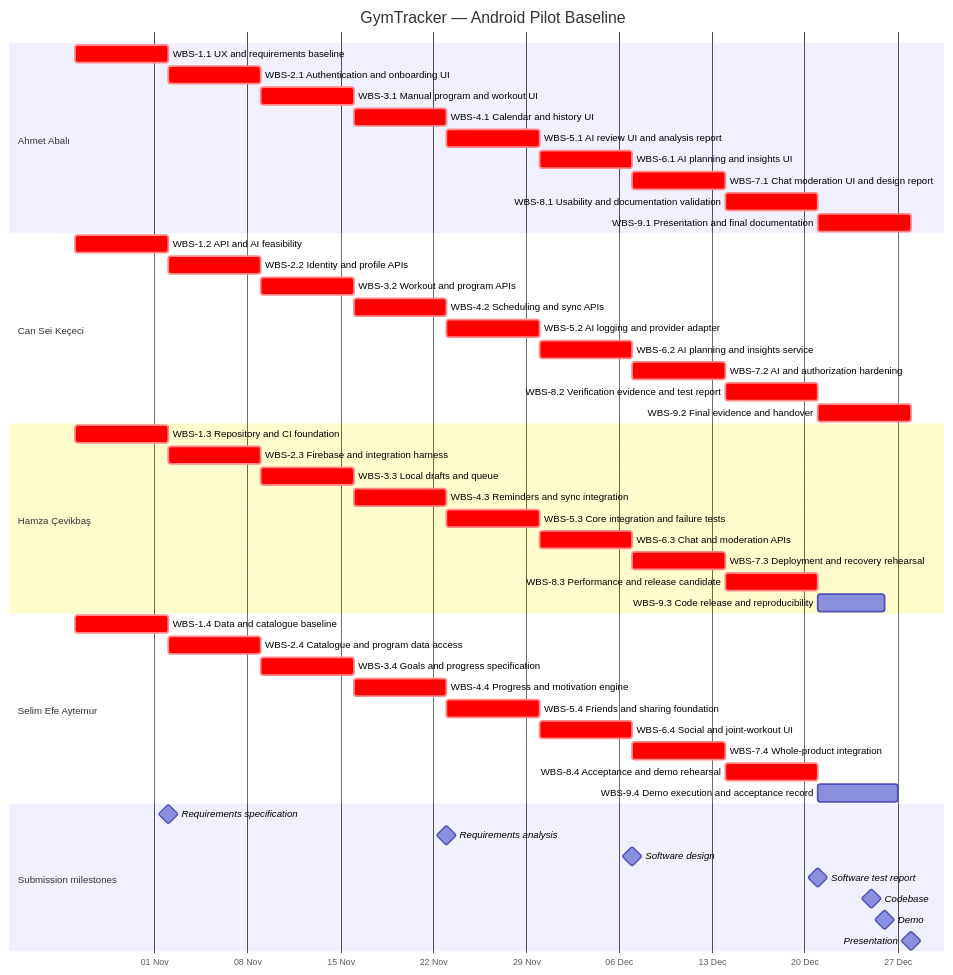
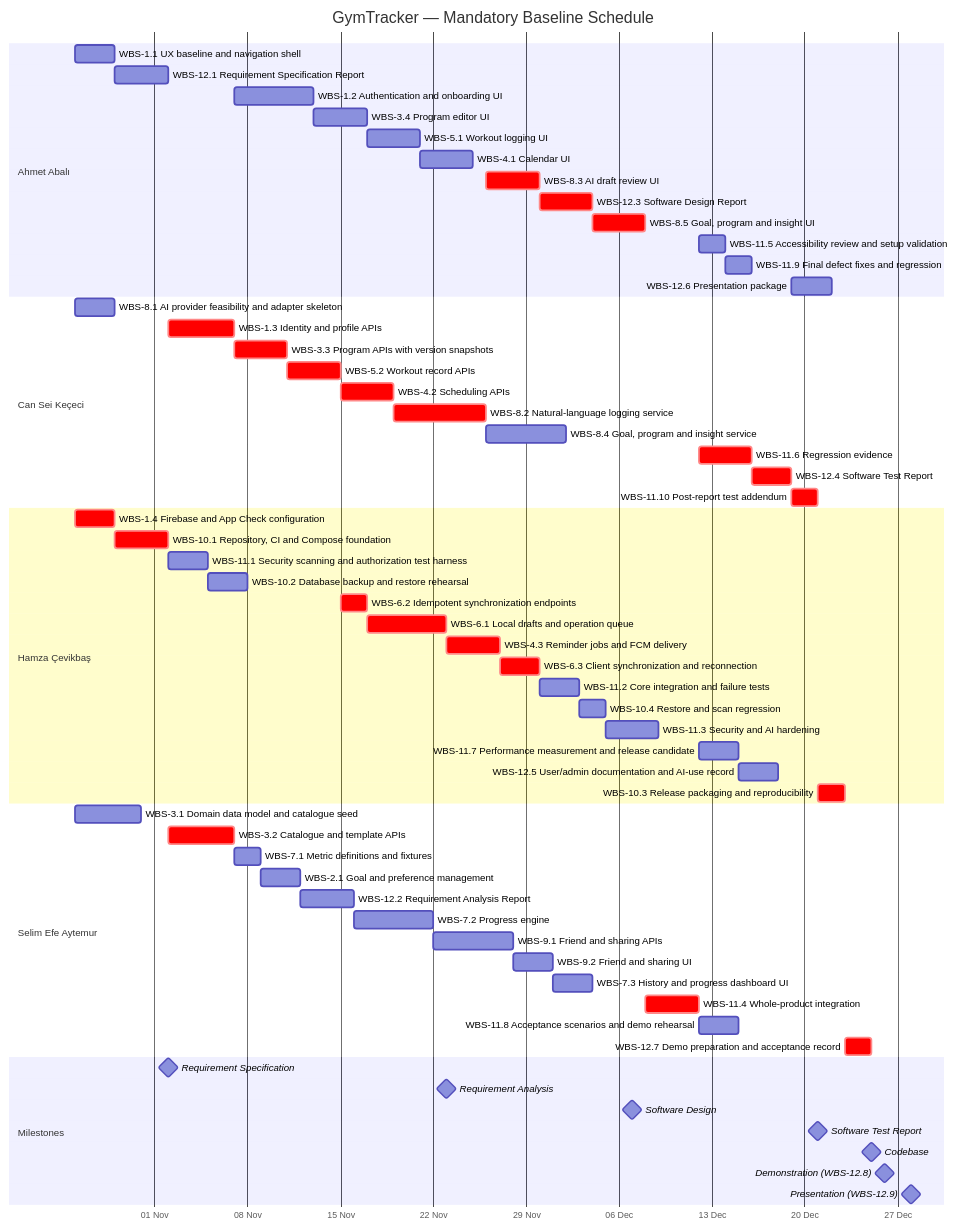
The second of 2 diagrams in docs/Project_Plan.md (kececi24/GymTracker), drawn with Mermaid before and after one commit. The commit also changed other lines of this file, not shown here.

Commit message:
Project plan version 1

````diff
--- a/docs/Project_Plan.md
+++ b/docs/Project_Plan.md
@@ -510,54 +744,66 @@
 ```mermaid
 gantt
-    title GymTracker — Android Pilot Baseline
+    title GymTracker — Mandatory Baseline Schedule
     dateFormat YYYY-MM-DD
     axisFormat %d %b
     section Ahmet Abalı
-    WBS-1.1 UX and requirements baseline :crit, WBS1_1, 2026-10-26, 7d
-    WBS-2.1 Authentication and onboarding UI :crit, WBS2_1, 2026-11-02, 7d
-    WBS-3.1 Manual program and workout UI :crit, WBS3_1, 2026-11-09, 7d
-    WBS-4.1 Calendar and history UI :crit, WBS4_1, 2026-11-16, 7d
-    WBS-5.1 AI review UI and analysis report :crit, WBS5_1, 2026-11-23, 7d
-    WBS-6.1 AI planning and insights UI :crit, WBS6_1, 2026-11-30, 7d
-    WBS-7.1 Chat moderation UI and design report :crit, WBS7_1, 2026-12-07, 7d
-    WBS-8.1 Usability and documentation validation :crit, WBS8_1, 2026-12-14, 7d
-    WBS-9.1 Presentation and final documentation :crit, WBS9_1, 2026-12-21, 7d
+    WBS-1.1 UX baseline and navigation shell :n1_1, 2026-10-26, 3d
+    WBS-12.1 Requirement Specification Report :n12_1, 2026-10-29, 4d
+    WBS-1.2 Authentication and onboarding UI :n1_2, 2026-11-07, 6d
+    WBS-3.4 Program editor UI :n3_4, 2026-11-13, 4d
+    WBS-5.1 Workout logging UI :n5_1, 2026-11-17, 4d
+    WBS-4.1 Calendar UI :n4_1, 2026-11-21, 4d
+    WBS-8.3 AI draft review UI :crit, n8_3, 2026-11-26, 4d
+    WBS-12.3 Software Design Report :crit, n12_3, 2026-11-30, 4d
+    WBS-8.5 Goal, program and insight UI :crit, n8_5, 2026-12-04, 4d
+    WBS-11.5 Accessibility review and setup validation :n11_5, 2026-12-12, 2d
+    WBS-11.9 Final defect fixes and regression :n11_9, 2026-12-14, 2d
+    WBS-12.6 Presentation package :n12_6, 2026-12-19, 3d
     section Can Sei Keçeci
-    WBS-1.2 API and AI feasibility :crit, WBS1_2, 2026-10-26, 7d
-    WBS-2.2 Identity and profile APIs :crit, WBS2_2, 2026-11-02, 7d
-    WBS-3.2 Workout and program APIs :crit, WBS3_2, 2026-11-09, 7d
-    WBS-4.2 Scheduling and sync APIs :crit, WBS4_2, 2026-11-16, 7d
-    WBS-5.2 AI logging and provider adapter :crit, WBS5_2, 2026-11-23, 7d
-    WBS-6.2 AI planning and insights service :crit, WBS6_2, 2026-11-30, 7d
-    WBS-7.2 AI and authorization hardening :crit, WBS7_2, 2026-12-07, 7d
-    WBS-8.2 Verification evidence and test report :crit, WBS8_2, 2026-12-14, 7d
-    WBS-9.2 Final evidence and handover :crit, WBS9_2, 2026-12-21, 7d
+    WBS-8.1 AI provider feasibility and adapter skeleton :n8_1, 2026-10-26, 3d
+    WBS-1.3 Identity and profile APIs :crit, n1_3, 2026-11-02, 5d
+    WBS-3.3 Program APIs with version snapshots :crit, n3_3, 2026-11-07, 4d
+    WBS-5.2 Workout record APIs :crit, n5_2, 2026-11-11, 4d
+    WBS-4.2 Scheduling APIs :crit, n4_2, 2026-11-15, 4d
+    WBS-8.2 Natural-language logging service :crit, n8_2, 2026-11-19, 7d
+    WBS-8.4 Goal, program and insight service :n8_4, 2026-11-26, 6d
+    WBS-11.6 Regression evidence :crit, n11_6, 2026-12-12, 4d
+    WBS-12.4 Software Test Report :crit, n12_4, 2026-12-16, 3d
+    WBS-11.10 Post-report test addendum :crit, n11_10, 2026-12-19, 2d
     section Hamza Çevikbaş
-    WBS-1.3 Repository and CI foundation :crit, WBS1_3, 2026-10-26, 7d
-    WBS-2.3 Firebase and integration harness :crit, WBS2_3, 2026-11-02, 7d
-    WBS-3.3 Local drafts and queue :crit, WBS3_3, 2026-11-09, 7d
-    WBS-4.3 Reminders and sync integration :crit, WBS4_3, 2026-11-16, 7d
-    WBS-5.3 Core integration and failure tests :crit, WBS5_3, 2026-11-23, 7d
-    WBS-6.3 Chat and moderation APIs :crit, WBS6_3, 2026-11-30, 7d
-    WBS-7.3 Deployment and recovery rehearsal :crit, WBS7_3, 2026-12-07, 7d
-    WBS-8.3 Performance and release candidate :crit, WBS8_3, 2026-12-14, 7d
-    WBS-9.3 Code release and reproducibility :WBS9_3, 2026-12-21, 5d
+    WBS-1.4 Firebase and App Check configuration :crit, n1_4, 2026-10-26, 3d
+    WBS-10.1 Repository, CI and Compose foundation :crit, n10_1, 2026-10-29, 4d
+    WBS-11.1 Security scanning and authorization test harness :n11_1, 2026-11-02, 3d
+    WBS-10.2 Database backup and restore rehearsal :n10_2, 2026-11-05, 3d
+    WBS-6.2 Idempotent synchronization endpoints :crit, n6_2, 2026-11-15, 2d
+    WBS-6.1 Local drafts and operation queue :crit, n6_1, 2026-11-17, 6d
+    WBS-4.3 Reminder jobs and FCM delivery :crit, n4_3, 2026-11-23, 4d
+    WBS-6.3 Client synchronization and reconnection :crit, n6_3, 2026-11-27, 3d
+    WBS-11.2 Core integration and failure tests :n11_2, 2026-11-30, 3d
+    WBS-10.4 Restore and scan regression :n10_4, 2026-12-03, 2d
+    WBS-11.3 Security and AI hardening :n11_3, 2026-12-05, 4d
+    WBS-11.7 Performance measurement and release candidate :n11_7, 2026-12-12, 3d
+    WBS-12.5 User/admin documentation and AI-use record :n12_5, 2026-12-15, 3d
+    WBS-10.3 Release packaging and reproducibility :crit, n10_3, 2026-12-21, 2d
     section Selim Efe Aytemur
-    WBS-1.4 Data and catalogue baseline :crit, WBS1_4, 2026-10-26, 7d
-    WBS-2.4 Catalogue and program data access :crit, WBS2_4, 2026-11-02, 7d
-    WBS-3.4 Goals and progress specification :crit, WBS3_4, 2026-11-09, 7d
-    WBS-4.4 Progress and motivation engine :crit, WBS4_4, 2026-11-16, 7d
-    WBS-5.4 Friends and sharing foundation :crit, WBS5_4, 2026-11-23, 7d
-    WBS-6.4 Social and joint-workout UI :crit, WBS6_4, 2026-11-30, 7d
-    WBS-7.4 Whole-product integration :crit, WBS7_4, 2026-12-07, 7d
-    WBS-8.4 Acceptance and demo rehearsal :crit, WBS8_4, 2026-12-14, 7d
-    WBS-9.4 Demo execution and acceptance record :WBS9_4, 2026-12-21, 6d
-    section Submission milestones
-    Requirements specification :milestone, ms1, 2026-11-02, 0d
-    Requirements analysis :milestone, ms2, 2026-11-23, 0d
-    Software design :milestone, ms3, 2026-12-07, 0d
-    Software test report :milestone, ms4, 2026-12-21, 0d
-    Codebase :milestone, ms5, 2026-12-25, 0d
-    Demo :milestone, ms6, 2026-12-26, 0d
-    Presentation :milestone, ms7, 2026-12-28, 0d
+    WBS-3.1 Domain data model and catalogue seed :n3_1, 2026-10-26, 5d
+    WBS-3.2 Catalogue and template APIs :crit, n3_2, 2026-11-02, 5d
+    WBS-7.1 Metric definitions and fixtures :n7_1, 2026-11-07, 2d
+    WBS-2.1 Goal and preference management :n2_1, 2026-11-09, 3d
+    WBS-12.2 Requirement Analysis Report :n12_2, 2026-11-12, 4d
+    WBS-7.2 Progress engine :n7_2, 2026-11-16, 6d
+    WBS-9.1 Friend and sharing APIs :n9_1, 2026-11-22, 6d
+    WBS-9.2 Friend and sharing UI :n9_2, 2026-11-28, 3d
+    WBS-7.3 History and progress dashboard UI :n7_3, 2026-12-01, 3d
+    WBS-11.4 Whole-product integration :crit, n11_4, 2026-12-08, 4d
+    WBS-11.8 Acceptance scenarios and demo rehearsal :n11_8, 2026-12-12, 3d
+    WBS-12.7 Demo preparation and acceptance record :crit, n12_7, 2026-12-23, 2d
+    section Milestones
+    Requirement Specification :milestone, ms0, 2026-11-02, 0d
+    Requirement Analysis :milestone, ms1, 2026-11-23, 0d
+    Software Design :milestone, ms2, 2026-12-07, 0d
+    Software Test Report :milestone, ms3, 2026-12-21, 0d
+    Codebase :milestone, ms4, 2026-12-25, 0d
+    Demonstration (WBS-12.8) :milestone, ms5, 2026-12-26, 0d
+    Presentation (WBS-12.9) :milestone, ms6, 2026-12-28, 0d
 ```
````
